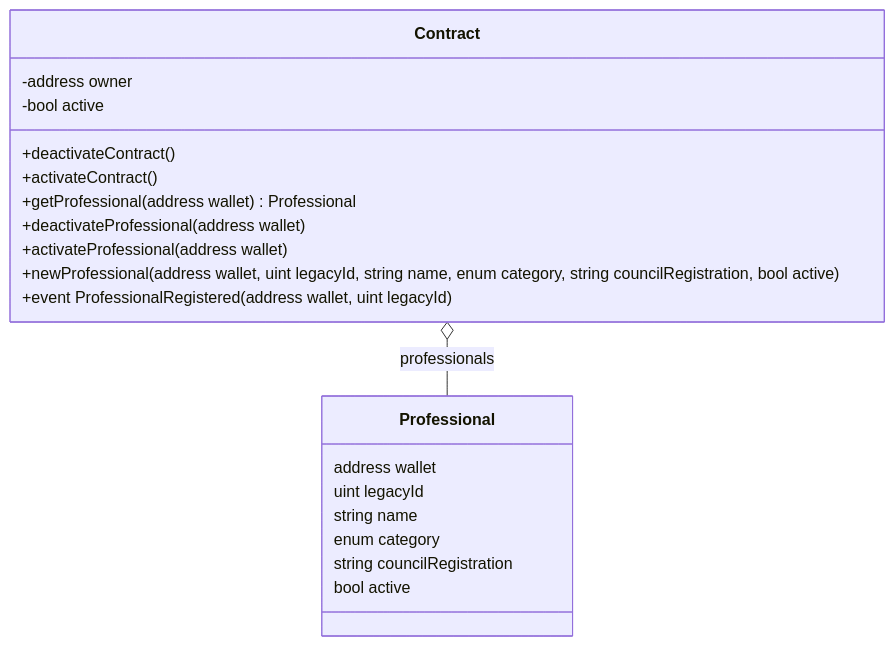
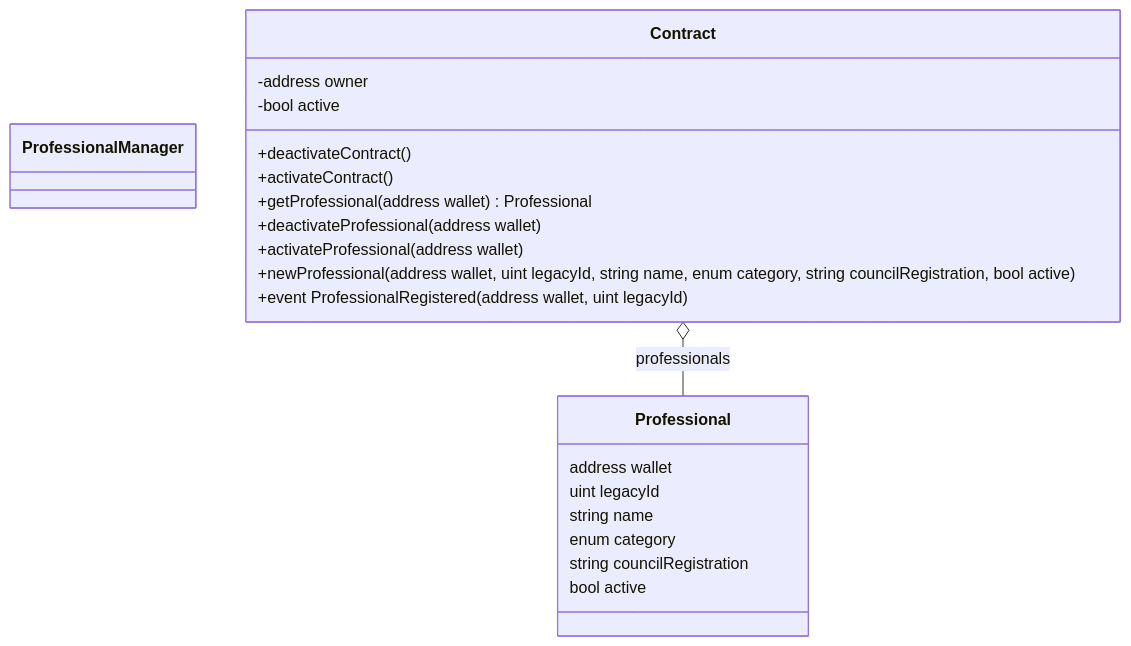
The diagram in docs/modulo-profissionais.md (ccufcg/medvault), drawn with Mermaid before and after one commit.

Commit message:
refactor: rename Contract class to ProfessionalManager

````diff
--- a/docs/modulo-profissionais.md
+++ b/docs/modulo-profissionais.md
@@ -1,23 +1,23 @@
 ```mermaid
 classDiagram
 struct Professional
 Professional : address wallet
 Professional : uint legacyId
 Professional : string name
 Professional : enum category
 Professional : string councilRegistration
 Professional : bool active
 
-class Contract
+class ProfessionalManager
 Contract : -address owner
 Contract : -bool active
 Contract : +deactivateContract()
 Contract : +activateContract()
 Contract : +getProfessional(address wallet) Professional
 Contract : +deactivateProfessional(address wallet)
 Contract : +activateProfessional(address wallet)
 Contract : +newProfessional(address wallet, uint legacyId, string name, enum category, string councilRegistration, bool active)
 Contract : +event ProfessionalRegistered(address wallet, uint legacyId)
 
 Contract o-- Professional : professionals
 ```
````
